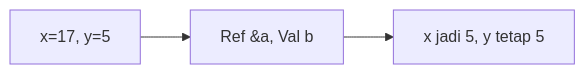
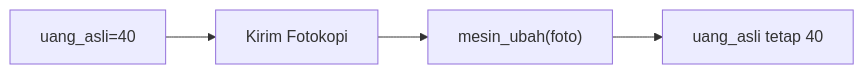
One commit to amnahwaida/OSNK_INF_PREP changed diagram 16 of 25 in part-c-pemahaman-cpp/04-fungsi/latihan/set-07.md. Above: the diagram before and after it, drawn with Mermaid. The commit also changed other lines of this file and 71 other files, not shown here.

````diff
--- a/part-c-pemahaman-cpp/04-fungsi/latihan/set-07.md
+++ b/part-c-pemahaman-cpp/04-fungsi/latihan/set-07.md
@@ -417,5 +441,6 @@
 ```mermaid
 graph LR
-A["x=17, y=5"] --> B["Ref &a, Val b"]
-B --> C["x jadi 5, y tetap 5"]
+A["uang_asli=40"] --> B["Kirim Fotokopi"]
+B --> C["mesin_ubah(foto)"]
+C --> D["uang_asli tetap 40"]
 ```
````
